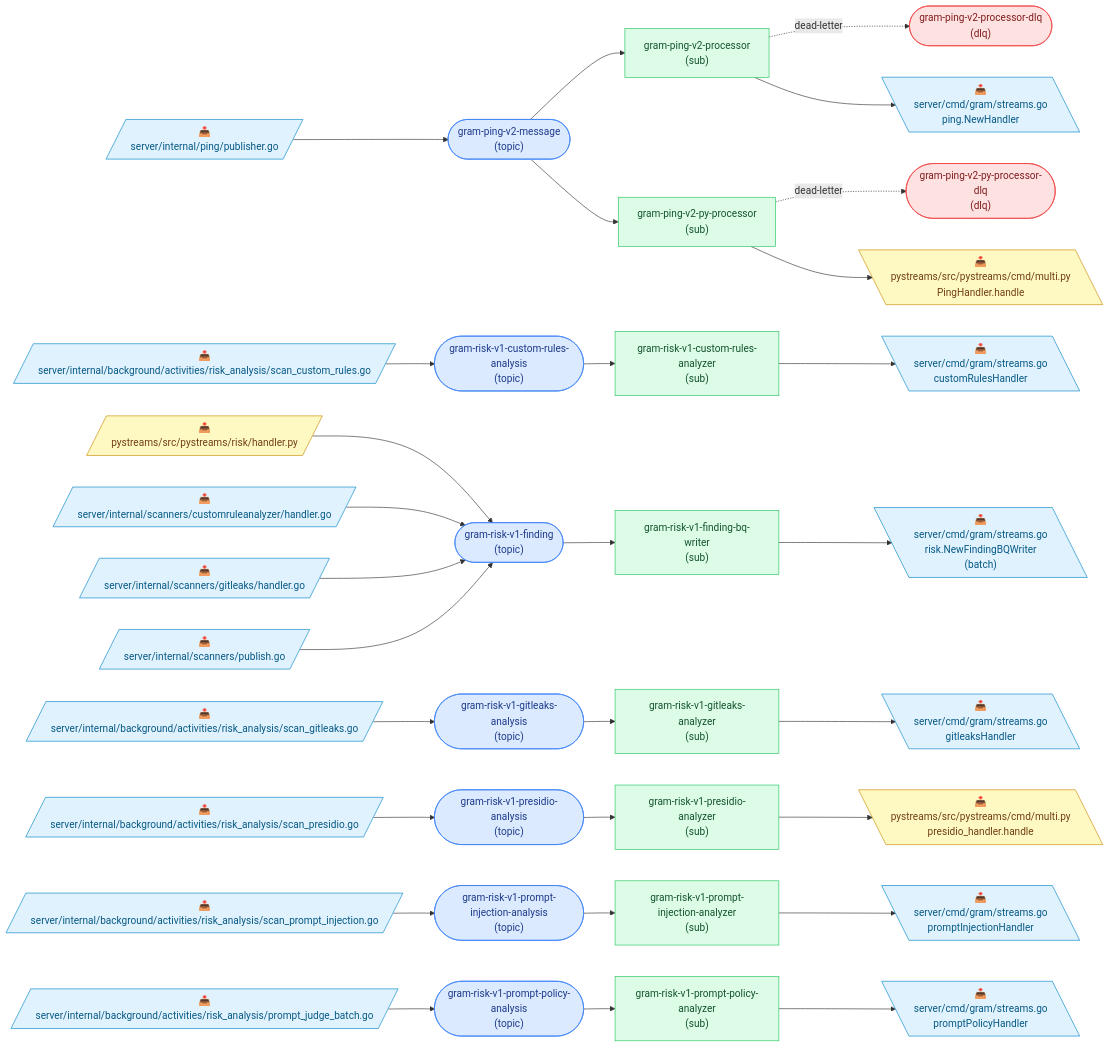
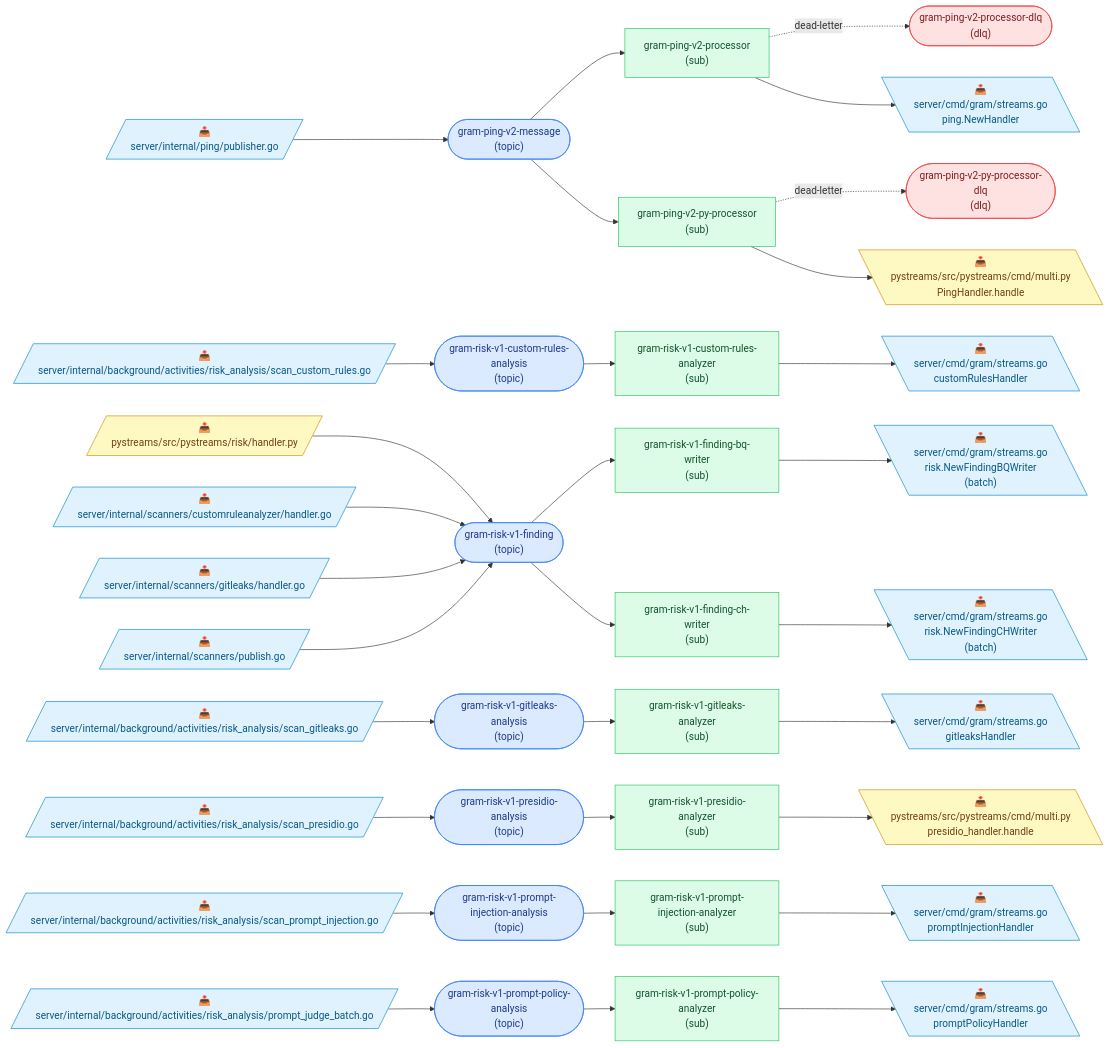
The diagram in docs/pubsub-topology.md (speakeasy-api/gram), drawn with Mermaid before and after one commit. The commit also changed other lines of this file and 18 other files, not shown here.

````diff
--- a/docs/pubsub-topology.md
+++ b/docs/pubsub-topology.md
@@ -9,74 +9,78 @@
 ```mermaid
 flowchart LR
   classDef topic fill:#dbeafe,stroke:#3b82f6,color:#1e3a8a;
   classDef dlq fill:#fee2e2,stroke:#ef4444,color:#7f1d1d;
   classDef sub fill:#dcfce7,stroke:#22c55e,color:#14532d;
   classDef go fill:#e0f2fe,stroke:#0284c7,color:#075985;
   classDef python fill:#fef9c3,stroke:#ca8a04,color:#713f12;
   classDef deprecated stroke-dasharray:4 3,opacity:0.55;
 
   t_gram_ping_v2_message(["gram-ping-v2-message<br/>(topic)"]):::topic
   t_gram_ping_v2_processor_dlq(["gram-ping-v2-processor-dlq<br/>(dlq)"]):::dlq
   t_gram_ping_v2_py_processor_dlq(["gram-ping-v2-py-processor-dlq<br/>(dlq)"]):::dlq
   t_gram_risk_v1_custom_rules_analysis(["gram-risk-v1-custom-rules-analysis<br/>(topic)"]):::topic
   t_gram_risk_v1_finding(["gram-risk-v1-finding<br/>(topic)"]):::topic
   t_gram_risk_v1_gitleaks_analysis(["gram-risk-v1-gitleaks-analysis<br/>(topic)"]):::topic
   t_gram_risk_v1_presidio_analysis(["gram-risk-v1-presidio-analysis<br/>(topic)"]):::topic
   t_gram_risk_v1_prompt_injection_analysis(["gram-risk-v1-prompt-injection-analysis<br/>(topic)"]):::topic
   t_gram_risk_v1_prompt_policy_analysis(["gram-risk-v1-prompt-policy-analysis<br/>(topic)"]):::topic
   s_gram_ping_v2_processor["gram-ping-v2-processor<br/>(sub)"]:::sub
   s_gram_ping_v2_py_processor["gram-ping-v2-py-processor<br/>(sub)"]:::sub
   s_gram_risk_v1_custom_rules_analyzer["gram-risk-v1-custom-rules-analyzer<br/>(sub)"]:::sub
   s_gram_risk_v1_finding_bq_writer["gram-risk-v1-finding-bq-writer<br/>(sub)"]:::sub
+  s_gram_risk_v1_finding_ch_writer["gram-risk-v1-finding-ch-writer<br/>(sub)"]:::sub
   s_gram_risk_v1_gitleaks_analyzer["gram-risk-v1-gitleaks-analyzer<br/>(sub)"]:::sub
   s_gram_risk_v1_presidio_analyzer["gram-risk-v1-presidio-analyzer<br/>(sub)"]:::sub
   s_gram_risk_v1_prompt_injection_analyzer["gram-risk-v1-prompt-injection-analyzer<br/>(sub)"]:::sub
   s_gram_risk_v1_prompt_policy_analyzer["gram-risk-v1-prompt-policy-analyzer<br/>(sub)"]:::sub
 
   p0[/"📤<br/>server/internal/ping/publisher.go"/]:::go
   p0 --> t_gram_ping_v2_message
   p1[/"📤<br/>server/internal/background/activities/risk_analysis/scan_custom_rules.go"/]:::go
   p1 --> t_gram_risk_v1_custom_rules_analysis
   p2[/"📤<br/>pystreams/src/pystreams/risk/handler.py"/]:::python
   p2 --> t_gram_risk_v1_finding
   p3[/"📤<br/>server/internal/scanners/customruleanalyzer/handler.go"/]:::go
   p3 --> t_gram_risk_v1_finding
   p4[/"📤<br/>server/internal/scanners/gitleaks/handler.go"/]:::go
   p4 --> t_gram_risk_v1_finding
   p5[/"📤<br/>server/internal/scanners/publish.go"/]:::go
   p5 --> t_gram_risk_v1_finding
   p6[/"📤<br/>server/internal/background/activities/risk_analysis/scan_gitleaks.go"/]:::go
   p6 --> t_gram_risk_v1_gitleaks_analysis
   p7[/"📤<br/>server/internal/background/activities/risk_analysis/scan_presidio.go"/]:::go
   p7 --> t_gram_risk_v1_presidio_analysis
   p8[/"📤<br/>server/internal/background/activities/risk_analysis/scan_prompt_injection.go"/]:::go
   p8 --> t_gram_risk_v1_prompt_injection_analysis
   p9[/"📤<br/>server/internal/background/activities/risk_analysis/prompt_judge_batch.go"/]:::go
   p9 --> t_gram_risk_v1_prompt_policy_analysis
   t_gram_ping_v2_message --> s_gram_ping_v2_processor
   s_gram_ping_v2_processor -. dead-letter .-> t_gram_ping_v2_processor_dlq
   t_gram_ping_v2_message --> s_gram_ping_v2_py_processor
   s_gram_ping_v2_py_processor -. dead-letter .-> t_gram_ping_v2_py_processor_dlq
   t_gram_risk_v1_custom_rules_analysis --> s_gram_risk_v1_custom_rules_analyzer
   t_gram_risk_v1_finding --> s_gram_risk_v1_finding_bq_writer
+  t_gram_risk_v1_finding --> s_gram_risk_v1_finding_ch_writer
   t_gram_risk_v1_gitleaks_analysis --> s_gram_risk_v1_gitleaks_analyzer
   t_gram_risk_v1_presidio_analysis --> s_gram_risk_v1_presidio_analyzer
   t_gram_risk_v1_prompt_injection_analysis --> s_gram_risk_v1_prompt_injection_analyzer
   t_gram_risk_v1_prompt_policy_analysis --> s_gram_risk_v1_prompt_policy_analyzer
   c10[\"📥<br/>server/cmd/gram/streams.go<br/>ping.NewHandler"\]:::go
   s_gram_ping_v2_processor --> c10
   c11[\"📥<br/>pystreams/src/pystreams/cmd/multi.py<br/>PingHandler.handle"\]:::python
   s_gram_ping_v2_py_processor --> c11
   c12[\"📥<br/>server/cmd/gram/streams.go<br/>customRulesHandler"\]:::go
   s_gram_risk_v1_custom_rules_analyzer --> c12
   c13[\"📥<br/>server/cmd/gram/streams.go<br/>risk.NewFindingBQWriter<br/>(batch)"\]:::go
   s_gram_risk_v1_finding_bq_writer --> c13
-  c14[\"📥<br/>server/cmd/gram/streams.go<br/>gitleaksHandler"\]:::go
-  s_gram_risk_v1_gitleaks_analyzer --> c14
-  c15[\"📥<br/>pystreams/src/pystreams/cmd/multi.py<br/>presidio_handler.handle"\]:::python
-  s_gram_risk_v1_presidio_analyzer --> c15
-  c16[\"📥<br/>server/cmd/gram/streams.go<br/>promptInjectionHandler"\]:::go
-  s_gram_risk_v1_prompt_injection_analyzer --> c16
-  c17[\"📥<br/>server/cmd/gram/streams.go<br/>promptPolicyHandler"\]:::go
-  s_gram_risk_v1_prompt_policy_analyzer --> c17
+  c14[\"📥<br/>server/cmd/gram/streams.go<br/>risk.NewFindingCHWriter<br/>(batch)"\]:::go
+  s_gram_risk_v1_finding_ch_writer --> c14
+  c15[\"📥<br/>server/cmd/gram/streams.go<br/>gitleaksHandler"\]:::go
+  s_gram_risk_v1_gitleaks_analyzer --> c15
+  c16[\"📥<br/>pystreams/src/pystreams/cmd/multi.py<br/>presidio_handler.handle"\]:::python
+  s_gram_risk_v1_presidio_analyzer --> c16
+  c17[\"📥<br/>server/cmd/gram/streams.go<br/>promptInjectionHandler"\]:::go
+  s_gram_risk_v1_prompt_injection_analyzer --> c17
+  c18[\"📥<br/>server/cmd/gram/streams.go<br/>promptPolicyHandler"\]:::go
+  s_gram_risk_v1_prompt_policy_analyzer --> c18
 ```
````
